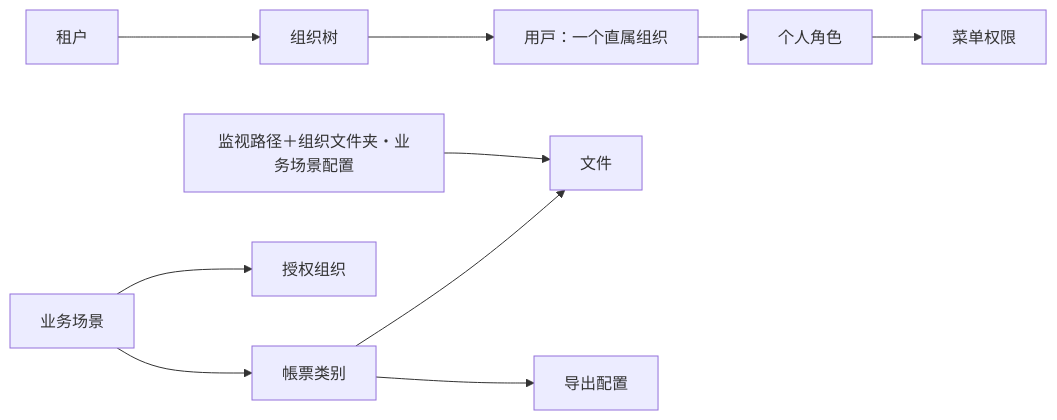
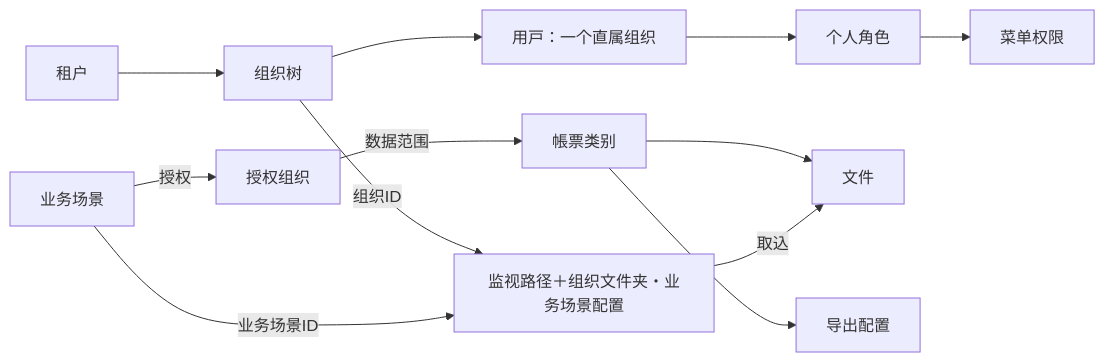
One commit to aruirage/Densan-Demo changed the first of 3 diagrams in demo/PRD.zh-CN.md. Above: the diagram before and after it, drawn with Mermaid. The commit also changed other lines of this file and 1 other file, not shown here.

````diff
--- a/demo/PRD.zh-CN.md
+++ b/demo/PRD.zh-CN.md
@@ -37,12 +38,14 @@
 ```mermaid
 flowchart LR
   T[租户] --> O[组织树]
   O --> U[用户：一个直属组织]
   U --> R[个人角色]
   R --> M[菜单权限]
-  S[业务场景] --> C[帳票类别]
-  S --> A[授权组织]
+  S[业务场景] -->|授权| A[授权组织]
+  A -->|数据范围| C[帳票类别]
   C --> F[文件]
   C --> E[导出配置]
-  W[监视路径＋组织文件夹・业务场景配置] --> F
+  O -->|组织ID| W[监视路径＋组织文件夹・业务场景配置]
+  S -->|业务场景ID| W
+  W -->|取込| F
 ```
````
